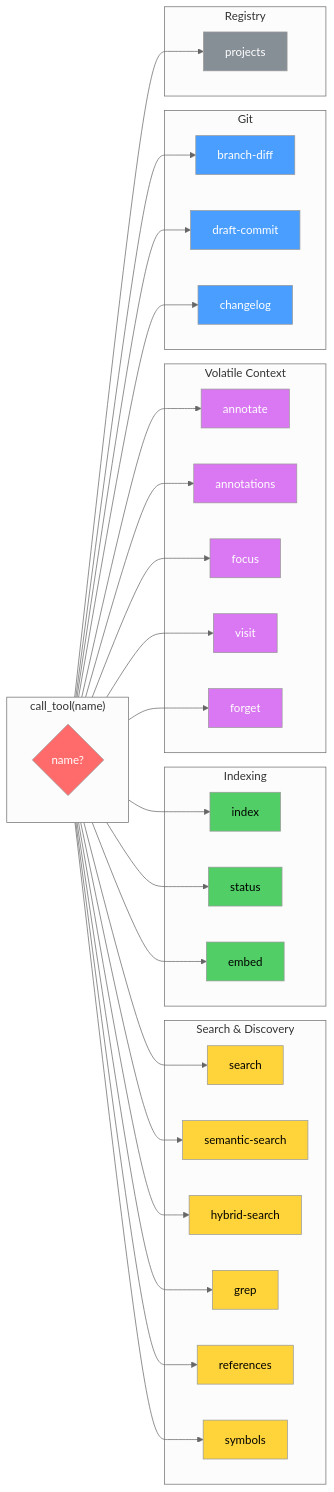
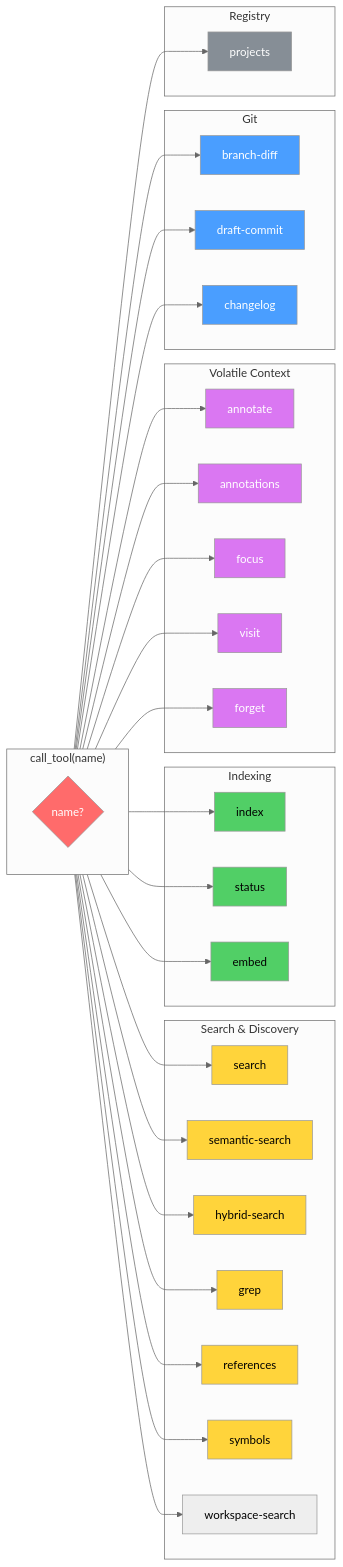
Before and after one commit to CryptArtificer/booger: the third of 9 diagrams in doc/architecture.md, drawn with Mermaid (neutral theme). The commit also changed other lines of this file and 3 other files, not shown here.

First line of the commit message:
Add workspace-search: query all projects in one call

````diff
--- a/doc/architecture.md
+++ b/doc/architecture.md
@@ -92,66 +92,67 @@
 ```mermaid
 graph LR
     subgraph "call_tool(name)"
         direction TB
         D{name?}
     end
 
     subgraph "Search & Discovery"
         T1[search]
         T2[semantic-search]
         T3[hybrid-search]
         T4[grep]
         T5[references]
         T6[symbols]
+        T19[workspace-search]
     end
 
     subgraph "Indexing"
         T7[index]
         T8[status]
         T9[embed]
     end
 
     subgraph "Volatile Context"
         T10[annotate]
         T11[annotations]
         T12[focus]
         T13[visit]
         T14[forget]
     end
 
     subgraph "Git"
         T15[branch-diff]
         T16[draft-commit]
         T17[changelog]
     end
 
     subgraph "Registry"
         T18[projects]
     end
 
-    D --> T1 & T2 & T3 & T4 & T5 & T6
+    D --> T1 & T2 & T3 & T4 & T5 & T6 & T19
     D --> T7 & T8 & T9
     D --> T10 & T11 & T12 & T13 & T14
     D --> T15 & T16 & T17
     D --> T18
 
     style D fill:#ff6b6b,color:#fff
     style T1 fill:#ffd43b,color:#000
     style T2 fill:#ffd43b,color:#000
     style T3 fill:#ffd43b,color:#000
     style T4 fill:#ffd43b,color:#000
     style T5 fill:#ffd43b,color:#000
     style T6 fill:#ffd43b,color:#000
     style T7 fill:#51cf66,color:#000
     style T8 fill:#51cf66,color:#000
     style T9 fill:#51cf66,color:#000
     style T10 fill:#da77f2,color:#fff
     style T11 fill:#da77f2,color:#fff
     style T12 fill:#da77f2,color:#fff
     style T13 fill:#da77f2,color:#fff
     style T14 fill:#da77f2,color:#fff
     style T15 fill:#4a9eff,color:#fff
     style T16 fill:#4a9eff,color:#fff
     style T17 fill:#4a9eff,color:#fff
     style T18 fill:#868e96,color:#fff
 ```
````
